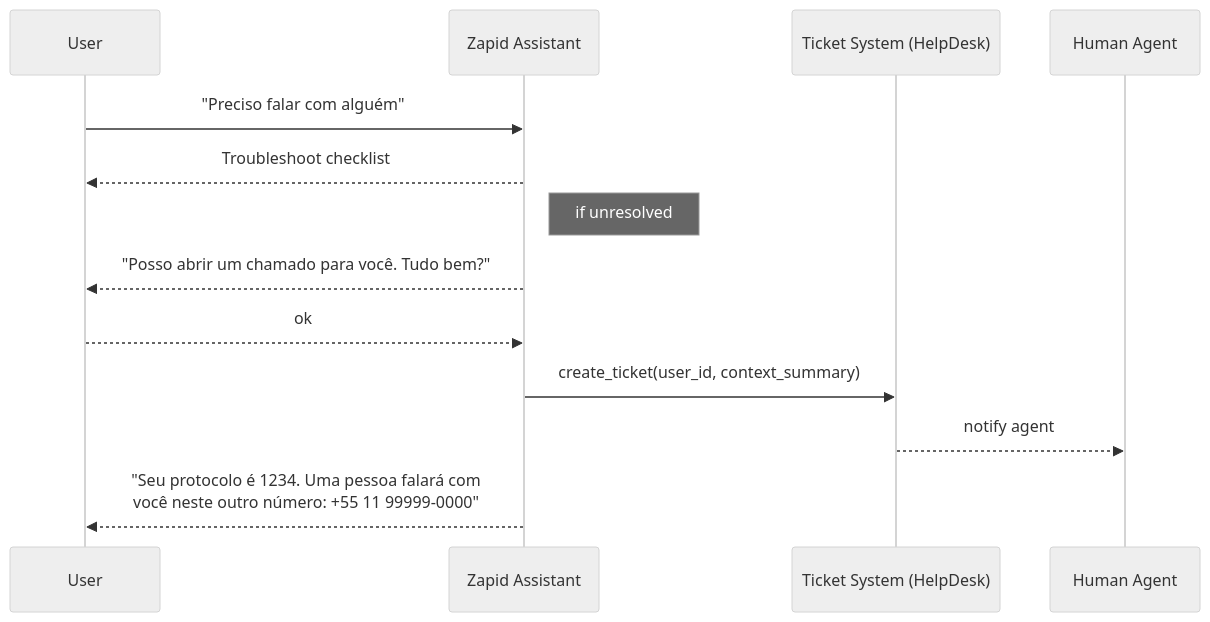
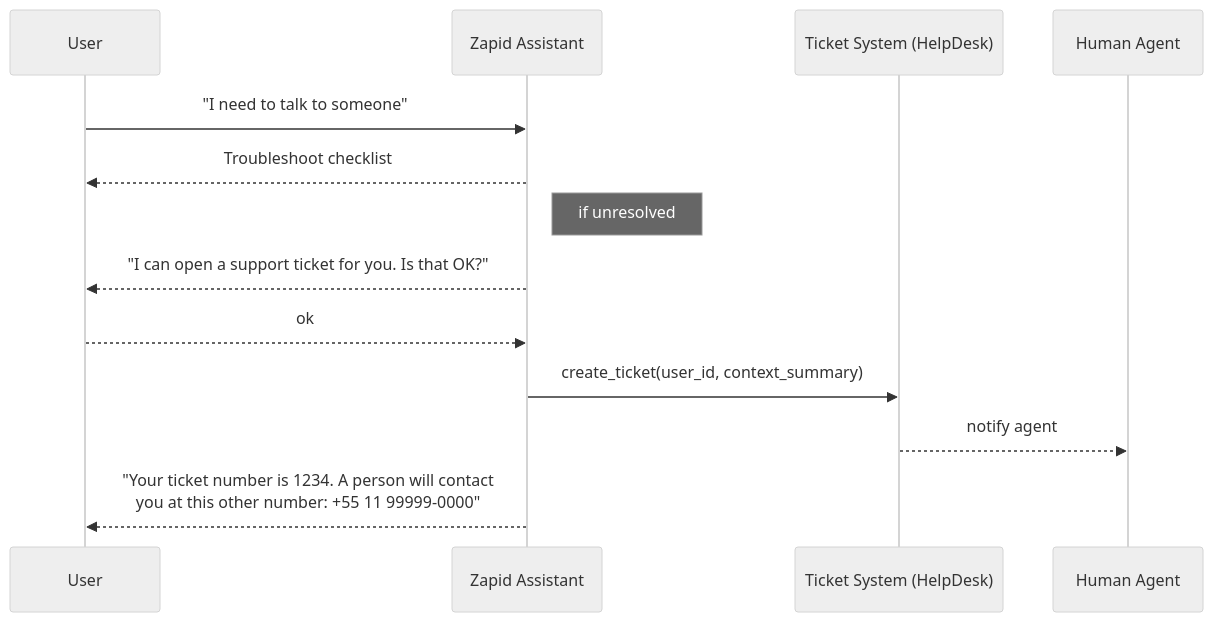
The diagram in spec/supportEscalation.md (malbq/whatsapp-agents), drawn with Mermaid (neutral theme) before and after one commit. The commit also changed other lines of this file and 40 other files, not shown here.

````diff
--- a/spec/supportEscalation.md
+++ b/spec/supportEscalation.md
@@ -11,16 +11,16 @@
 ```mermaid
 sequenceDiagram
     participant U as User
     participant A as Zapid Assistant
     participant T as Ticket System (HelpDesk)
     participant H as Human Agent
 
-    U->>A: "Preciso falar com alguém"
+    U->>A: "I need to talk to someone"
     A-->>U: Troubleshoot checklist
     Note right of A: if unresolved
-    A-->>U: "Posso abrir um chamado para você. Tudo bem?"
+    A-->>U: "I can open a support ticket for you. Is that OK?"
     U-->>A: ok
     A->>T: create_ticket(user_id, context_summary)
     T-->>H: notify agent
-    A-->>U: "Seu protocolo é 1234. Uma pessoa falará com<br>você neste outro número: +55 11 99999-0000"
+    A-->>U: "Your ticket number is 1234. A person will contact<br>you at this other number: +55 11 99999-0000"
 ```
````
